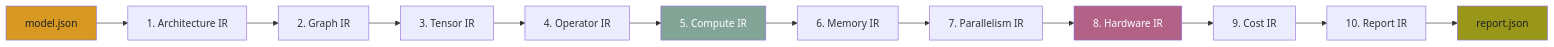
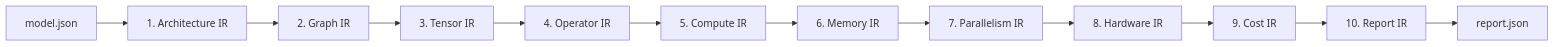
Before and after one commit to NEURAX-canvas/NEURAX: the second of 3 diagrams in README.md, drawn with Mermaid. The commit also changed other lines of this file, not shown here.

````diff
--- a/README.md
+++ b/README.md
@@ -111,19 +87,14 @@
 ```mermaid
 graph LR
     Input[model.json] --> P1[1. Architecture IR]
     P1 --> P2[2. Graph IR]
     P2 --> P3[3. Tensor IR]
     P3 --> P4[4. Operator IR]
     P4 --> P5[5. Compute IR]
     P5 --> P6[6. Memory IR]
     P6 --> P7[7. Parallelism IR]
     P7 --> P8[8. Hardware IR]
     P8 --> P9[9. Cost IR]
     P9 --> P10[10. Report IR]
     P10 --> Output[report.json]
-    
-    style Input fill:#d79921,color:#1d2021
-    style Output fill:#98971a,color:#1d2021
-    style P5 fill:#83a598,color:#fff
-    style P8 fill:#b16286,color:#fff
 ```
````
